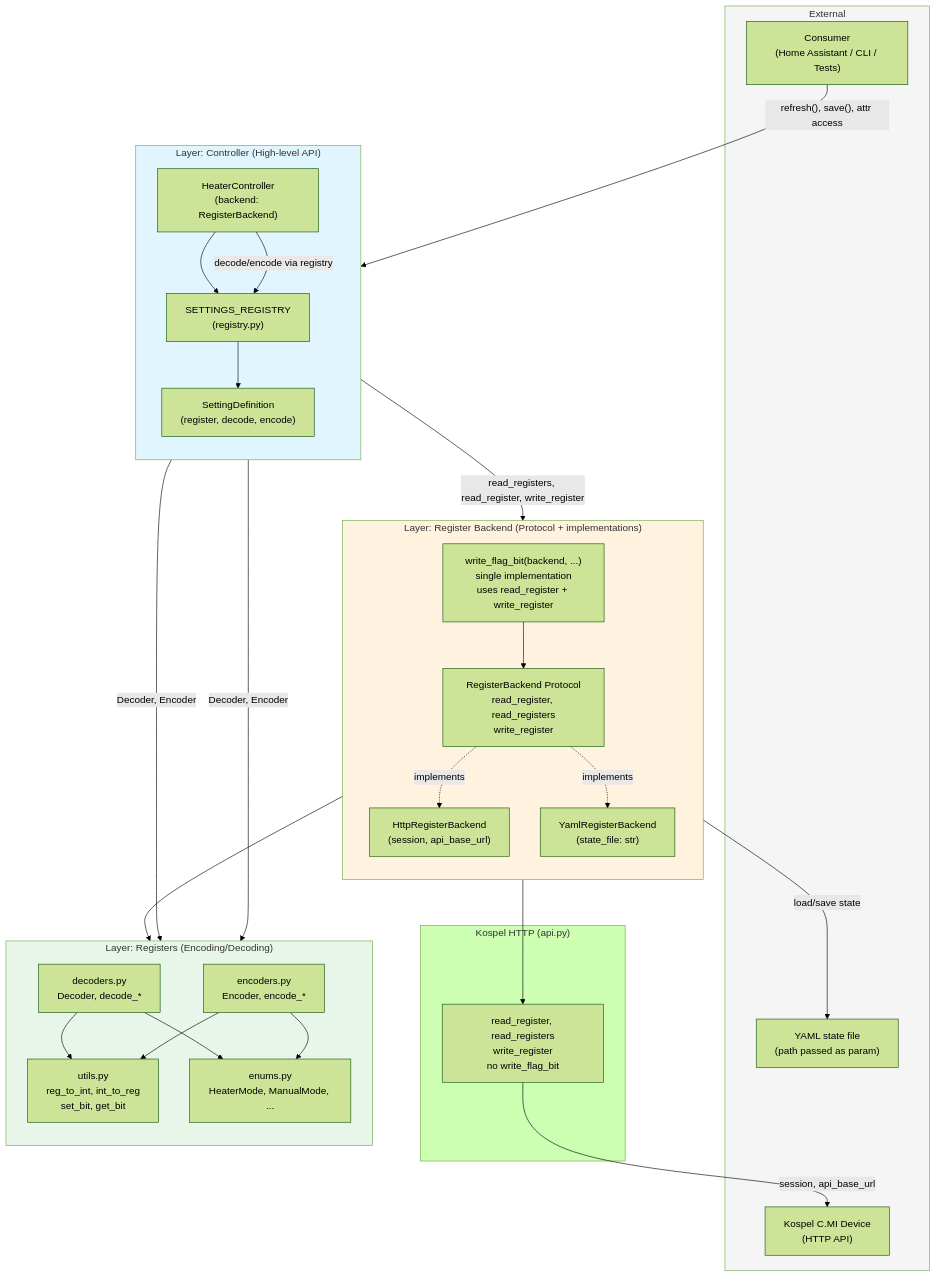
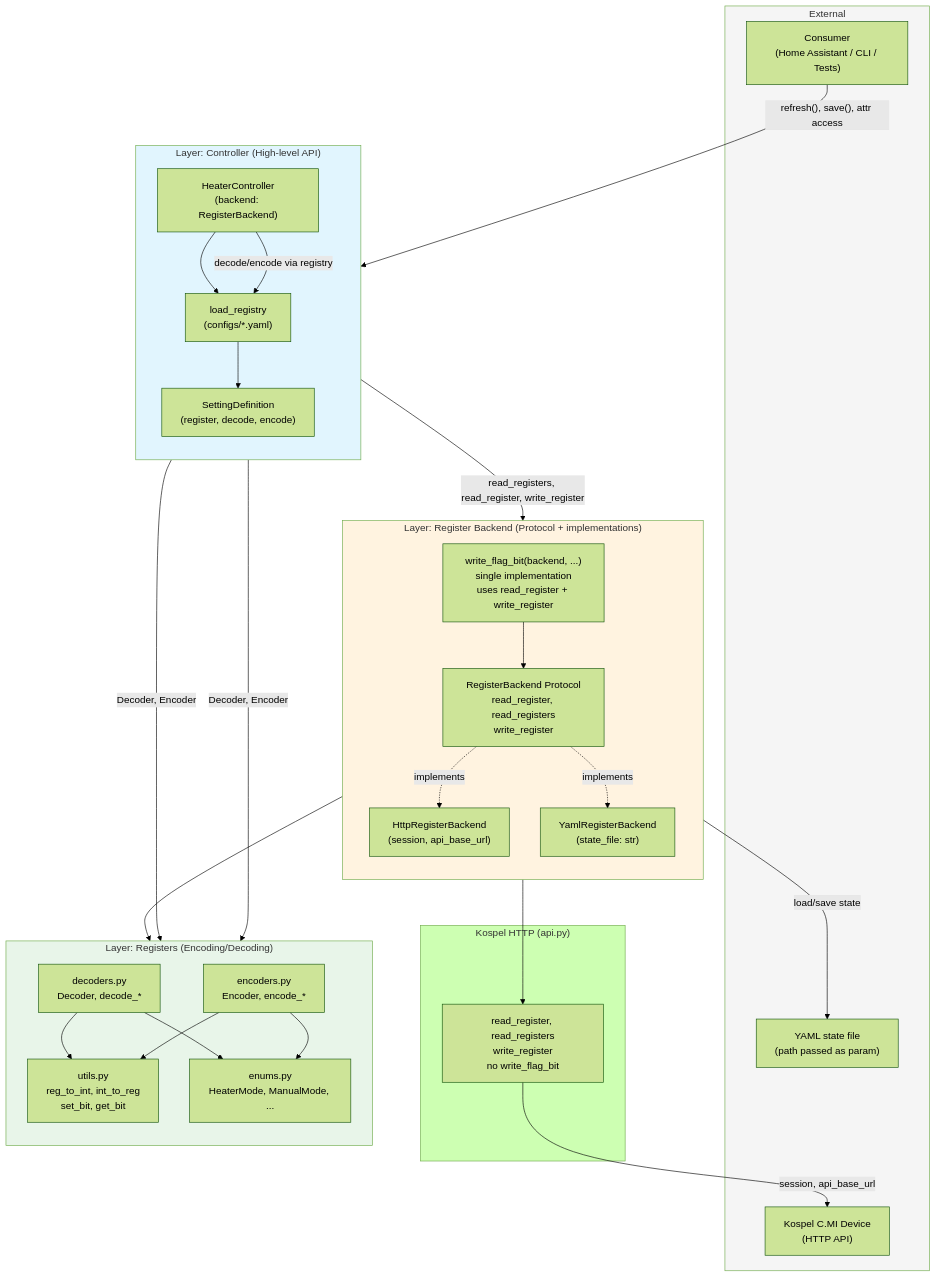
One commit to JanKrl/kospel-cmi-lib changed the first of 2 diagrams in docs/architecture.md. Above: the diagram before and after it, drawn with Mermaid (forest theme). The commit also changed other lines of this file and 17 other files, not shown here.

Commit message:
Feature/yaml registry config (#8)

````diff
--- a/docs/architecture.md
+++ b/docs/architecture.md
@@ -11,59 +11,59 @@
 ```mermaid
 flowchart TB
     subgraph External["External"]
         Consumer["Consumer\n(Home Assistant / CLI / Tests)"]
         Device["Kospel C.MI Device\n(HTTP API)"]
         YamlFile["YAML state file\n(path passed as param)"]
     end
 
     subgraph Controller["Layer: Controller (High-level API)"]
         direction TB
         HC["HeaterController\n(backend: RegisterBackend)"]
-        Reg["SETTINGS_REGISTRY\n(registry.py)"]
+        Reg["load_registry\n(configs/*.yaml)"]
         SD["SettingDefinition\n(register, decode, encode)"]
         HC --> Reg
         Reg --> SD
     end
 
     subgraph BackendLayer["Layer: Register Backend (Protocol + implementations)"]
         direction TB
         Protocol["RegisterBackend Protocol\nread_register, read_registers\nwrite_register"]
         HttpBackend["HttpRegisterBackend\n(session, api_base_url)"]
         YamlBackend["YamlRegisterBackend\n(state_file: str)"]
         WriteFlagBit["write_flag_bit(backend, ...)\nsingle implementation\nuses read_register + write_register"]
         Protocol -.->|implements| HttpBackend
         Protocol -.->|implements| YamlBackend
         WriteFlagBit --> Protocol
     end
 
     subgraph KospelHTTP["Kospel HTTP (api.py)"]
         API["read_register, read_registers\nwrite_register\nno write_flag_bit"]
     end
 
     subgraph Registers["Layer: Registers (Encoding/Decoding)"]
         direction TB
         Dec["decoders.py\nDecoder, decode_*"]
         Enc["encoders.py\nEncoder, encode_*"]
         Utils["utils.py\nreg_to_int, int_to_reg\nset_bit, get_bit"]
         Enums["enums.py\nHeaterMode, ManualMode, ..."]
         Dec --> Utils
         Dec --> Enums
         Enc --> Utils
         Enc --> Enums
     end
 
     Consumer -->|"refresh(), save(), attr access"| HC
     HC -->|"decode/encode via registry"| Reg
     SD -->|"Decoder, Encoder"| Dec
     SD -->|"Decoder, Encoder"| Enc
     HC -->|"read_registers, read_register, write_register"| Protocol
     HttpBackend --> API
     API -->|"session, api_base_url"| Device
     YamlBackend -->|"load/save state"| YamlFile
     WriteFlagBit --> Utils
 
     style Controller fill:#e1f5fe
     style BackendLayer fill:#fff3e0
     style Registers fill:#e8f5e9
     style External fill:#f5f5f5
 ```
````
